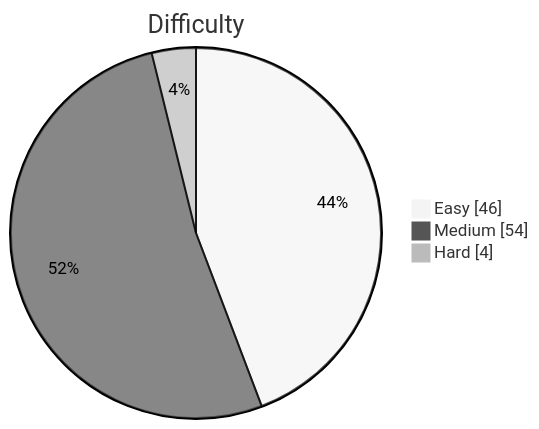
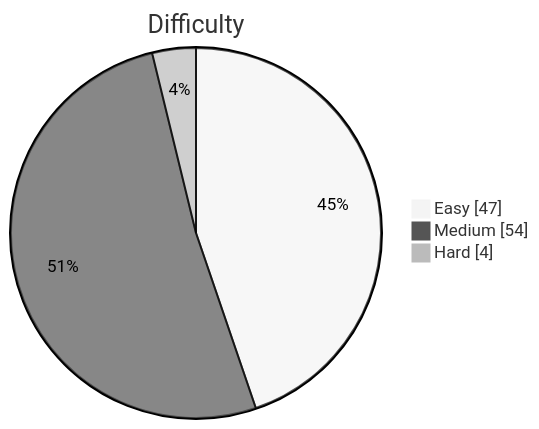
The diagram in README.md (kevstevie/python-algo-practice), drawn with Mermaid (neutral theme) before and after one commit. The commit also changed other lines of this file, not shown here.

````diff
--- a/README.md
+++ b/README.md
@@ -13,7 +13,7 @@
 ```mermaid
 pie showData
     title Difficulty
-    "Easy"   : 46
+    "Easy"   : 47
     "Medium" : 54
     "Hard"   : 4
 ```
````
